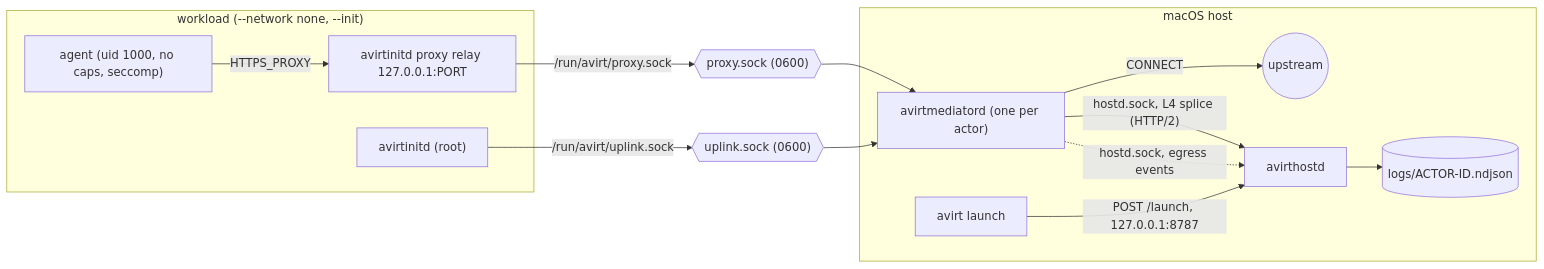
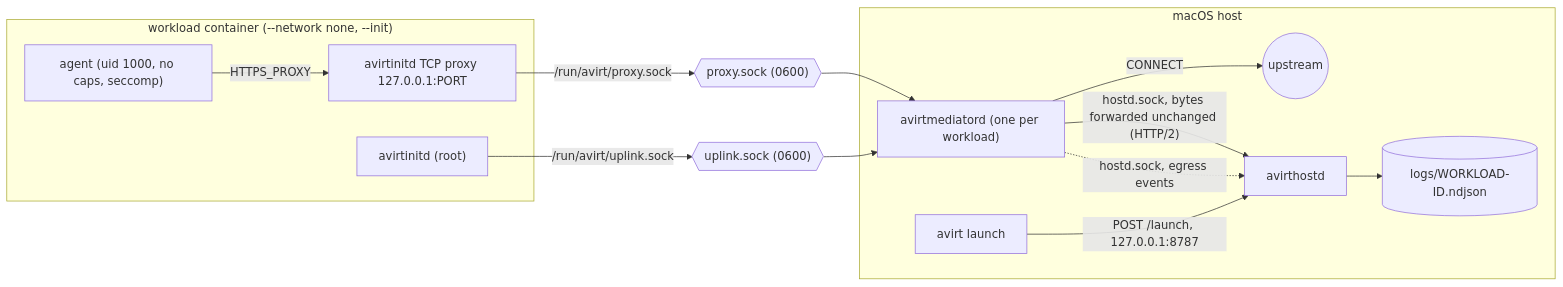
One commit to tbhb-dev/avirt changed the first of 2 diagrams in docs/architecture.md. Above: the diagram before and after it, drawn with Mermaid. The commit also changed other lines of this file and 61 other files, not shown here.

First line of the commit message:
docs: design the avirt component architecture

````diff
--- a/docs/architecture.md
+++ b/docs/architecture.md
@@ -34,25 +36,25 @@
 ```mermaid
 flowchart LR
-    subgraph workload["workload (--network none, --init)"]
+    subgraph workload["workload container (--network none, --init)"]
         agent["agent (uid 1000, no caps, seccomp)"]
-        relay["avirtinitd proxy relay 127.0.0.1:PORT"]
+        relay["avirtinitd TCP proxy 127.0.0.1:PORT"]
         avirtinitd["avirtinitd (root)"]
         agent -->|HTTPS_PROXY| relay
     end
     subgraph host["macOS host"]
-        med["avirtmediatord (one per actor)"]
+        med["avirtmediatord (one per workload)"]
         hostd["avirthostd"]
-        logs[("logs/ACTOR-ID.ndjson")]
+        logs[("logs/WORKLOAD-ID.ndjson")]
         upstream(("upstream"))
         cli["avirt launch"]
     end
     relay -->|"/run/avirt/proxy.sock"| psock{{"proxy.sock (0600)"}}
     psock --> med
     med -->|"CONNECT"| upstream
     avirtinitd -->|"/run/avirt/uplink.sock"| usock{{"uplink.sock (0600)"}}
     usock --> med
-    med -->|"hostd.sock, L4 splice (HTTP/2)"| hostd
+    med -->|"hostd.sock, bytes forwarded unchanged (HTTP/2)"| hostd
     med -.->|"hostd.sock, egress events"| hostd
     hostd --> logs
     cli -->|"POST /launch, 127.0.0.1:8787"| hostd
 ```
````
